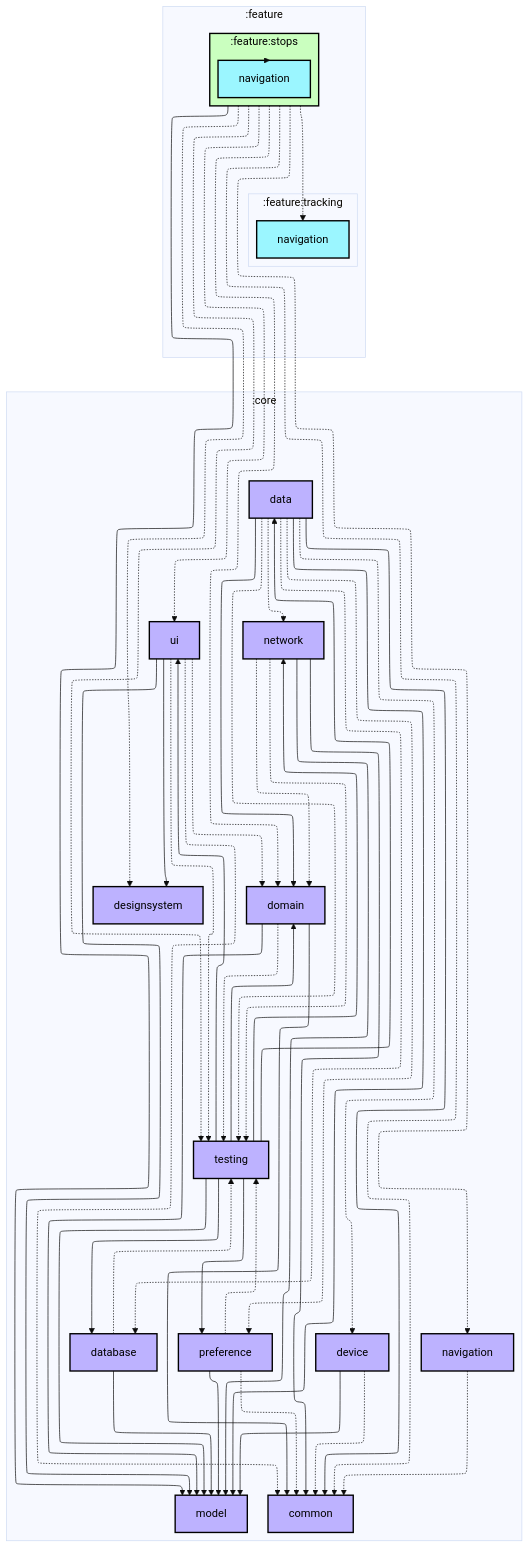
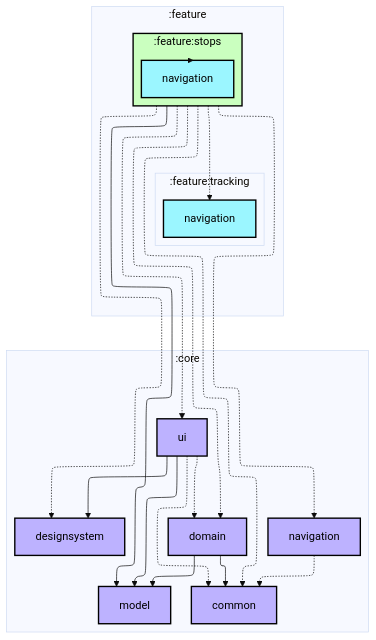
Before and after one commit to Adrc95/logrono-bus: the first of 2 diagrams in feature/stops/README.md, drawn with Mermaid (base theme). The commit also changed 32 other files, not shown here.

First line of the commit message:
Chore: unblock the test suites, the graphs and the CI

```diff
--- a/feature/stops/README.md
+++ b/feature/stops/README.md
@@ -26,60 +26,25 @@
   subgraph :core
     direction TB
     :core:common[common]:::library
-    :core:data[data]:::library
-    :core:database[database]:::library
     :core:designsystem[designsystem]:::library
-    :core:device[device]:::library
     :core:domain[domain]:::library
     :core:model[model]:::library
     :core:navigation[navigation]:::library
-    :core:network[network]:::library
-    :core:preference[preference]:::library
-    :core:testing[testing]:::library
     :core:ui[ui]:::library
   end
 
-  :core:data --> :core:common
-  :core:data -.-> :core:database
-  :core:data -.-> :core:device
-  :core:data --> :core:domain
-  :core:data --> :core:model
-  :core:data -.-> :core:network
-  :core:data -.-> :core:preference
-  :core:data -.-> :core:testing
-  :core:database --> :core:model
-  :core:database -.-> :core:testing
-  :core:device -.-> :core:common
-  :core:device --> :core:model
   :core:domain --> :core:common
   :core:domain --> :core:model
-  :core:domain -.-> :core:testing
   :core:navigation -.-> :core:common
-  :core:network --> :core:common
-  :core:network -.-> :core:domain
-  :core:network --> :core:model
-  :core:network -.-> :core:testing
-  :core:preference -.-> :core:common
-  :core:preference --> :core:model
-  :core:preference -.-> :core:testing
-  :core:testing --> :core:data
-  :core:testing --> :core:database
-  :core:testing --> :core:domain
-  :core:testing --> :core:model
-  :core:testing --> :core:network
-  :core:testing --> :core:preference
-  :core:testing --> :core:ui
   :core:ui -.-> :core:common
   :core:ui --> :core:designsystem
   :core:ui -.-> :core:domain
   :core:ui --> :core:model
-  :core:ui -.-> :core:testing
   :feature:stops -.-> :core:common
   :feature:stops -.-> :core:designsystem
   :feature:stops -.-> :core:domain
   :feature:stops --> :core:model
   :feature:stops -.-> :core:navigation
-  :feature:stops -.-> :core:testing
   :feature:stops -.-> :core:ui
   :feature:stops --> :feature:stops:navigation
   :feature:stops -.-> :feature:tracking:navigation
```
